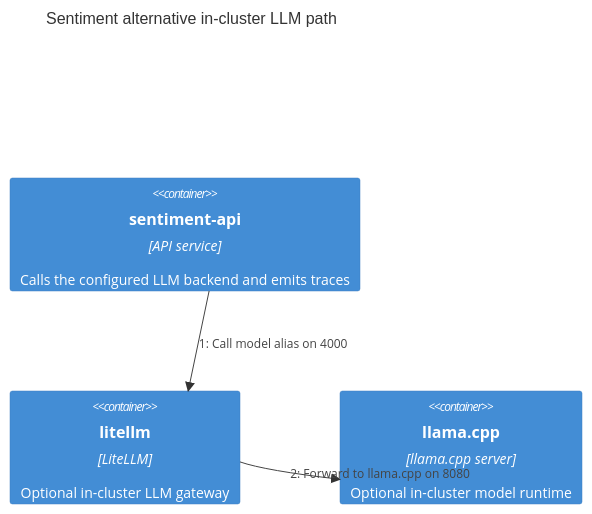
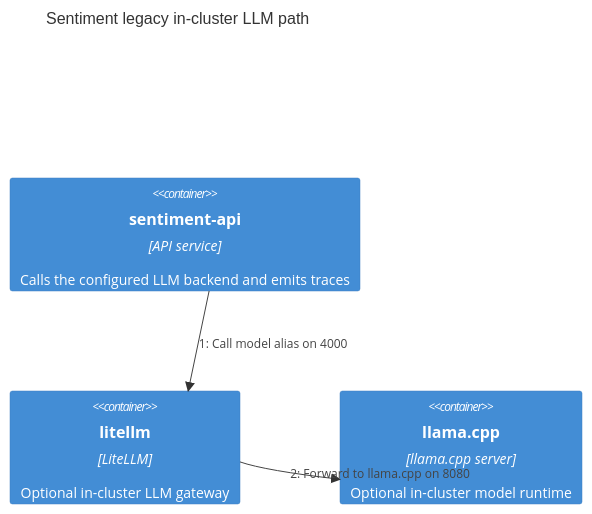
The diagram in terraform/kubernetes/docs/diagrams/apps-c4/09-dynamic-sentiment-alternative-llm-path.mmd (nickromney/platform), drawn with Mermaid before and after one commit. The commit also changed 176 other files, not shown here.

First line of the commit message:
Document sentiment architecture flow updates (#9)

```diff
--- a/terraform/kubernetes/docs/diagrams/apps-c4/09-dynamic-sentiment-alternative-llm-path.mmd
+++ b/terraform/kubernetes/docs/diagrams/apps-c4/09-dynamic-sentiment-alternative-llm-path.mmd
@@ -1,11 +1,11 @@
 %%{init: {"theme": "base", "themeVariables": {"background": "#ffffff"}}}%%
 C4Dynamic
-    title Sentiment alternative in-cluster LLM path
+    title Sentiment legacy in-cluster LLM path
 
     Container(api, "sentiment-api", "API service", "Calls the configured LLM backend and emits traces")
     Container(litellm, "litellm", "LiteLLM", "Optional in-cluster LLM gateway")
     Container(llama, "llama.cpp", "llama.cpp server", "Optional in-cluster model runtime")
 
     RelIndex(1, api, litellm, "Call model alias on 4000")
     RelIndex(2, litellm, llama, "Forward to llama.cpp on 8080")
     UpdateLayoutConfig($c4ShapeInRow="3", $c4BoundaryInRow="1")
```
